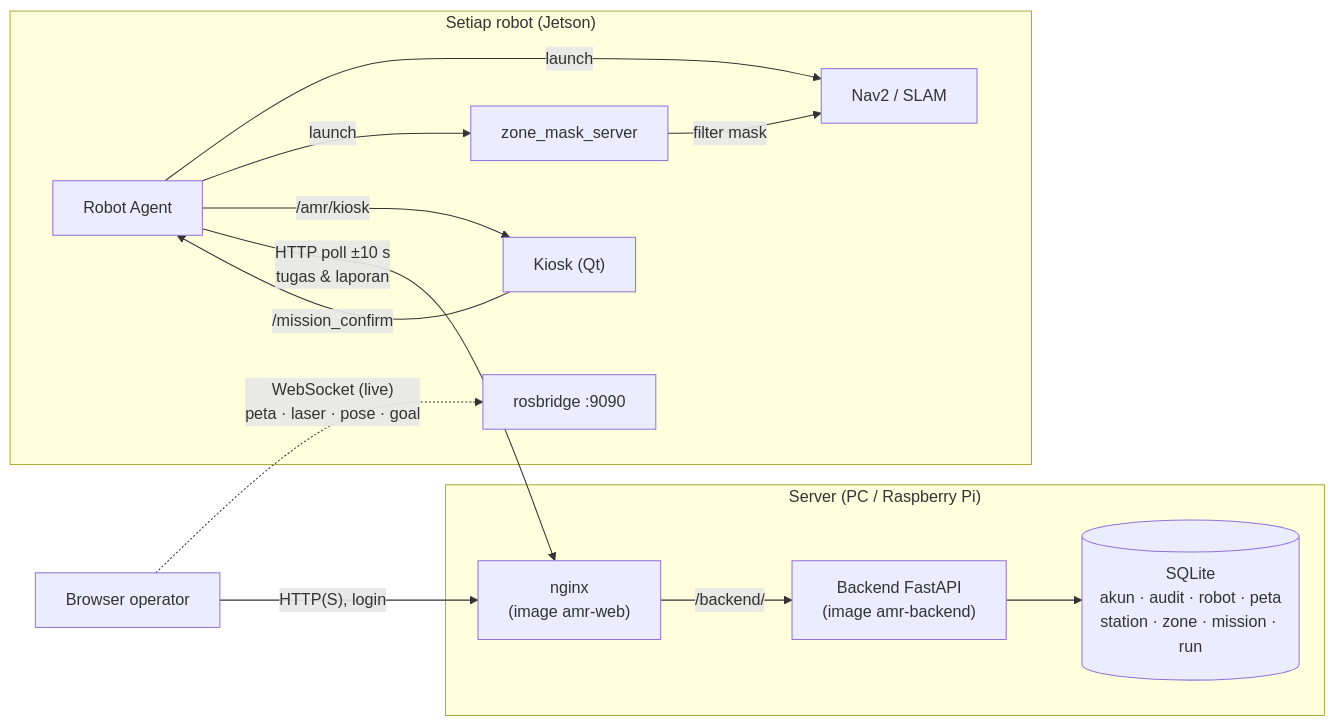
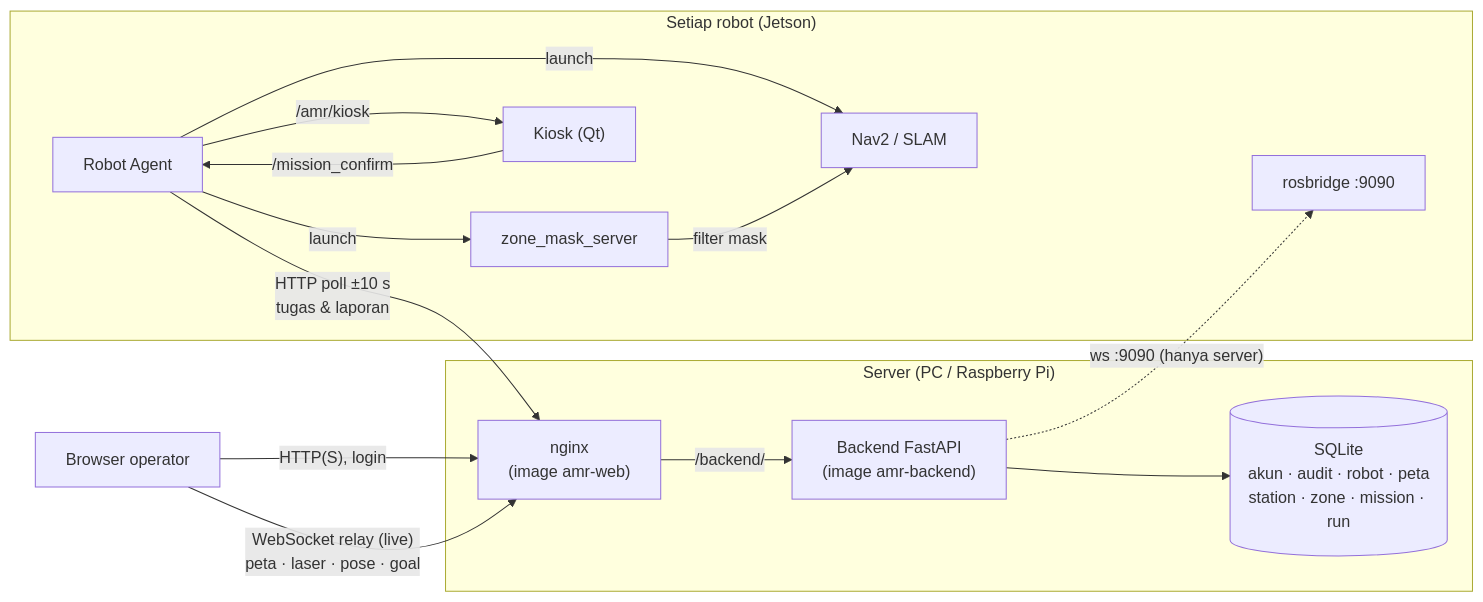
Before and after one commit to deenqtt/ros2-software-amr: the diagram in README.md, drawn with Mermaid. The commit also changed other lines of this file and 5 other files, not shown here.

````diff
--- a/README.md
+++ b/README.md
@@ -264,26 +264,27 @@
 ```mermaid
 flowchart LR
     subgraph Server["Server (PC / Raspberry Pi)"]
         NG["nginx<br/>(image amr-web)"]
         API["Backend FastAPI<br/>(image amr-backend)"]
         DB[("SQLite<br/>akun · audit · robot · peta<br/>station · zone · mission · run")]
         NG -- "/backend/" --> API --> DB
     end
 
     subgraph Robot["Setiap robot (Jetson)"]
         AG["Robot Agent"]
         NAV["Nav2 / SLAM"]
         ZM["zone_mask_server"]
         RB["rosbridge :9090"]
         KI["Kiosk (Qt)"]
         AG -- launch --> NAV
         AG -- launch --> ZM
         ZM -- filter mask --> NAV
         AG -- "/amr/kiosk" --> KI
         KI -- "/mission_confirm" --> AG
     end
 
     B["Browser operator"] -- "HTTP(S), login" --> NG
     AG -- "HTTP poll ±10 s<br/>tugas & laporan" --> NG
-    B -. "WebSocket (live)<br/>peta · laser · pose · goal" .-> RB
+    B -- "WebSocket relay (live)<br/>peta · laser · pose · goal" --> NG
+    API -. "ws :9090 (hanya server)" .-> RB
 ```
````
